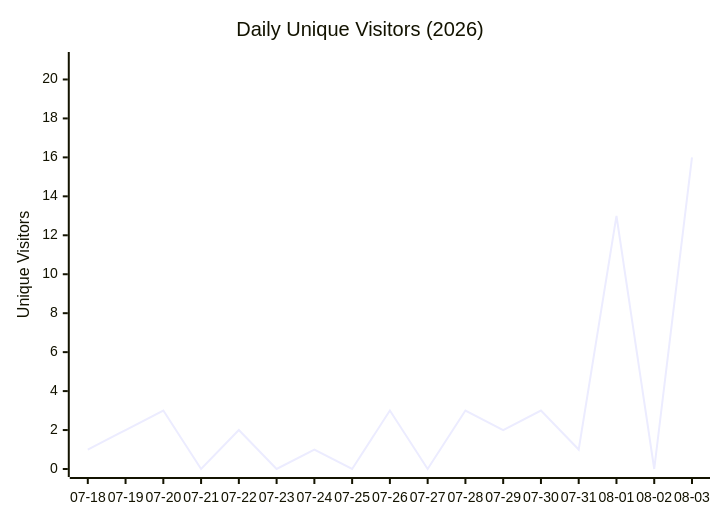
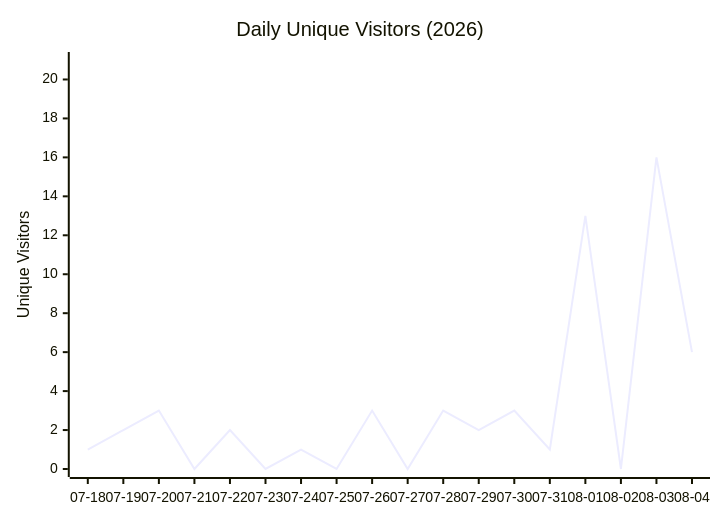
Before and after one commit to Architect-HA/Humai-Accord: the fourth of 4 diagrams in data/TRAFFIC_REPORT.md, drawn with Mermaid. The commit also changed other lines of this file and 1 other file, not shown here.

````diff
--- a/data/TRAFFIC_REPORT.md
+++ b/data/TRAFFIC_REPORT.md
@@ -42,7 +42,7 @@
 ```mermaid
 xychart-beta
     title "Daily Unique Visitors (2026)"
-    x-axis ["07-18", "07-19", "07-20", "07-21", "07-22", "07-23", "07-24", "07-25", "07-26", "07-27", "07-28", "07-29", "07-30", "07-31", "08-01", "08-02", "08-03"]
+    x-axis ["07-18", "07-19", "07-20", "07-21", "07-22", "07-23", "07-24", "07-25", "07-26", "07-27", "07-28", "07-29", "07-30", "07-31", "08-01", "08-02", "08-03", "08-04"]
     y-axis "Unique Visitors" 0 --> 21
-    line [1, 2, 3, 0, 2, 0, 1, 0, 3, 0, 3, 2, 3, 1, 13, 0, 16]
+    line [1, 2, 3, 0, 2, 0, 1, 0, 3, 0, 3, 2, 3, 1, 13, 0, 16, 6]
 ```
````
